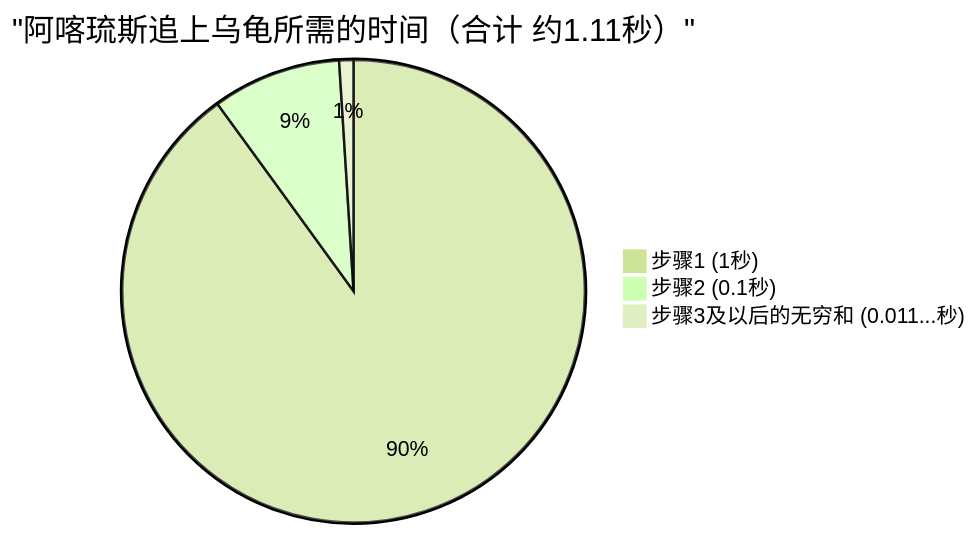
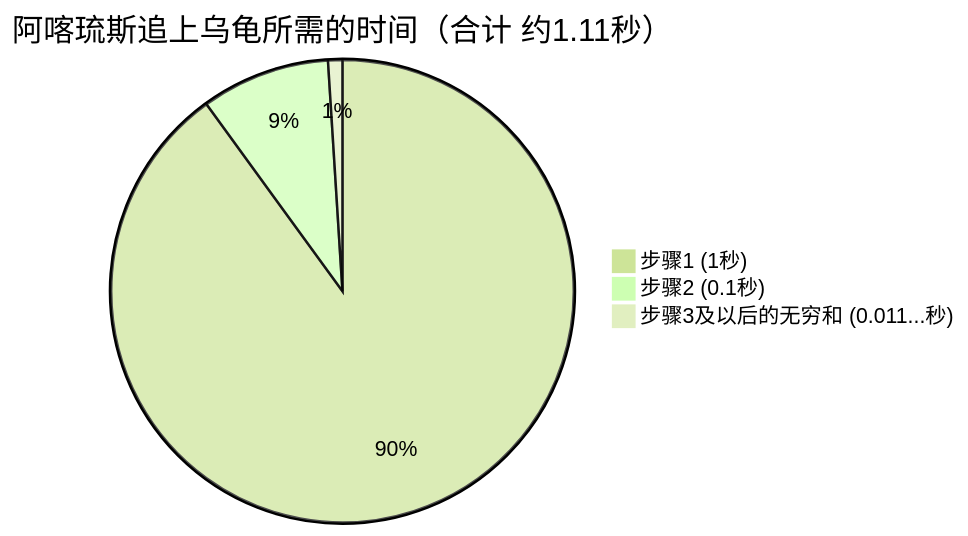
One commit to kenjinote/blog changed the second of 2 diagrams in content/post/アキレスと亀/index.zh-cn.md. Above: the diagram before and after it, drawn with Mermaid (forest theme). The commit also changed other lines of this file and 703 other files, not shown here.

Commit message:
Fix: Remove quotes from Mermaid link texts and timeline definitions to support Mermaid 11.4.1

````diff
--- a/content/post/アキレスと亀/index.zh-cn.md
+++ b/content/post/アキレスと亀/index.zh-cn.md
@@ -116,6 +116,6 @@
 ```mermaid
-pie title "阿喀琉斯追上乌龟所需的时间（合计 约1.11秒）"
+pie title 阿喀琉斯追上乌龟所需的时间（合计 约1.11秒）
     "步骤1 (1秒)" : 90
     "步骤2 (0.1秒)" : 9
     "步骤3及以后的无穷和 (0.011...秒)" : 1
 ```
````
